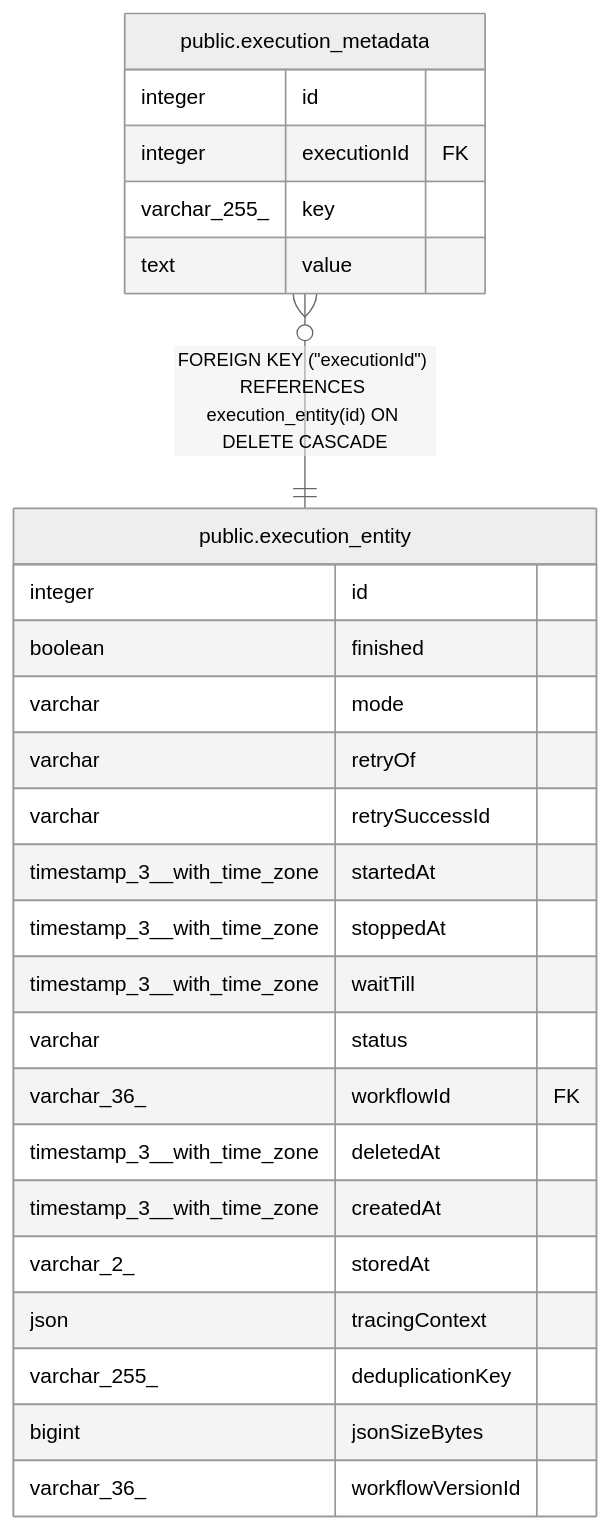
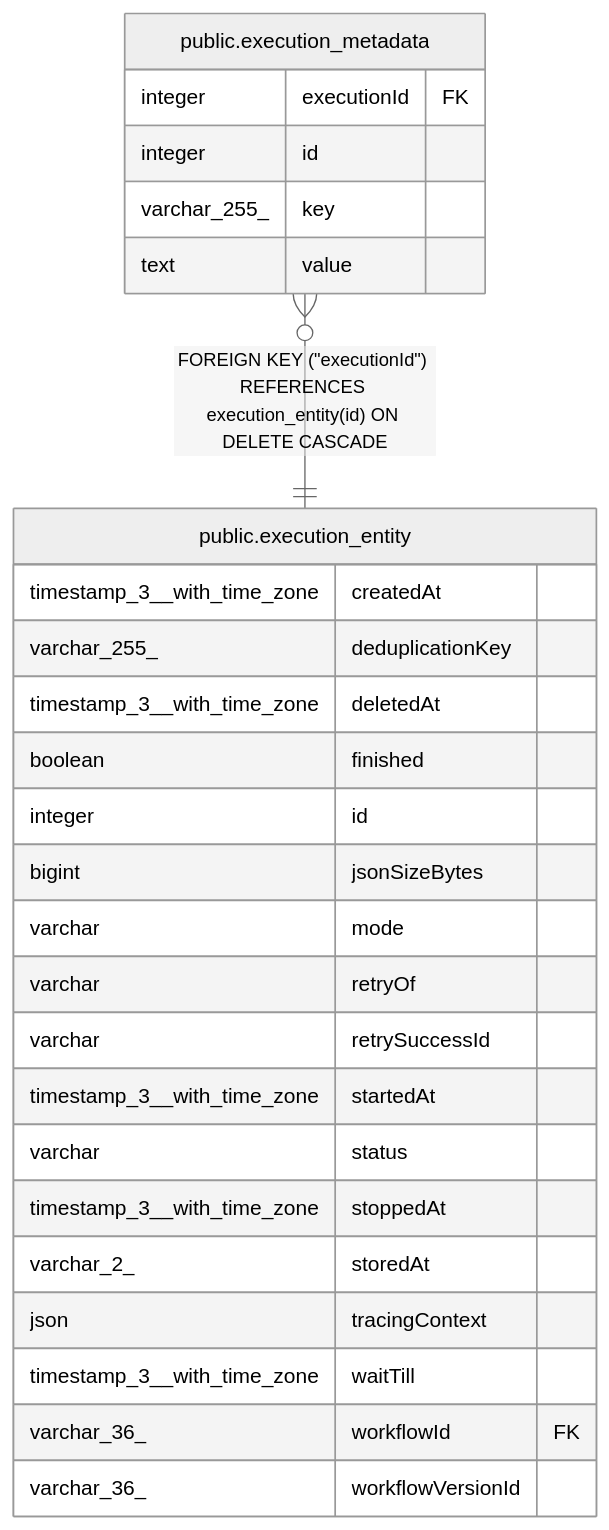
One commit to mayankjain1815-commits/n8n changed the diagram in docs/generated/postgres-schema/public.execution_metadata.md. Above: the diagram before and after it, drawn with Mermaid (neutral theme). The commit also changed other lines of this file and 221 other files, not shown here.

Commit message:
chore(core): Make DB schema docs generation deterministic (#32373)

````diff
--- a/docs/generated/postgres-schema/public.execution_metadata.md
+++ b/docs/generated/postgres-schema/public.execution_metadata.md
@@ -32,31 +32,31 @@
 ```mermaid
 erDiagram
 
 "public.execution_metadata" }o--|| "public.execution_entity" : "FOREIGN KEY (#quot;executionId#quot;) REFERENCES execution_entity(id) ON DELETE CASCADE"
 
 "public.execution_metadata" {
+  integer executionId FK
   integer id
-  integer executionId FK
   varchar_255_ key
   text value
 }
 "public.execution_entity" {
+  timestamp_3__with_time_zone createdAt
+  varchar_255_ deduplicationKey
+  timestamp_3__with_time_zone deletedAt
+  boolean finished
   integer id
-  boolean finished
+  bigint jsonSizeBytes
   varchar mode
   varchar retryOf
   varchar retrySuccessId
   timestamp_3__with_time_zone startedAt
+  varchar status
   timestamp_3__with_time_zone stoppedAt
-  timestamp_3__with_time_zone waitTill
-  varchar status
-  varchar_36_ workflowId FK
-  timestamp_3__with_time_zone deletedAt
-  timestamp_3__with_time_zone createdAt
   varchar_2_ storedAt
   json tracingContext
-  varchar_255_ deduplicationKey
-  bigint jsonSizeBytes
+  timestamp_3__with_time_zone waitTill
+  varchar_36_ workflowId FK
   varchar_36_ workflowVersionId
 }
 ```
````
